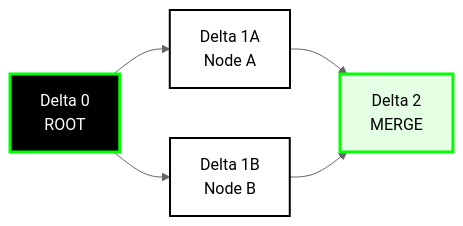
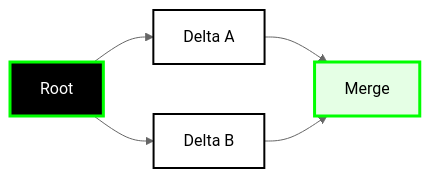
One commit to calimero-network/docs changed the fifth of 6 diagrams in docs/core-concepts/architecture.md. Above: the diagram before and after it, drawn with Mermaid (neutral theme). The commit also changed other lines of this file and 5 other files, not shown here.

First line of the commit message:
fix: Fix Mermaid graph syntax errors and improve readability

````diff
--- a/docs/core-concepts/architecture.md
+++ b/docs/core-concepts/architecture.md
@@ -115,12 +102,12 @@
 ```mermaid
-graph LR
-    ROOT[Delta 0<br/>ROOT] --> A[Delta 1A<br/>Node A]
-    ROOT --> B[Delta 1B<br/>Node B]
-    A --> MERGE[Delta 2<br/>MERGE]
+flowchart LR
+    ROOT[Root] --> A[Delta A]
+    ROOT --> B[Delta B]
+    A --> MERGE[Merge]
     B --> MERGE
     
     style ROOT fill:#000000,stroke:#00ff00,stroke-width:3px,color:#ffffff
     style A fill:#ffffff,stroke:#000000,stroke-width:2px
     style B fill:#ffffff,stroke:#000000,stroke-width:2px
     style MERGE fill:#e5ffe5,stroke:#00ff00,stroke-width:3px
 ```
````
